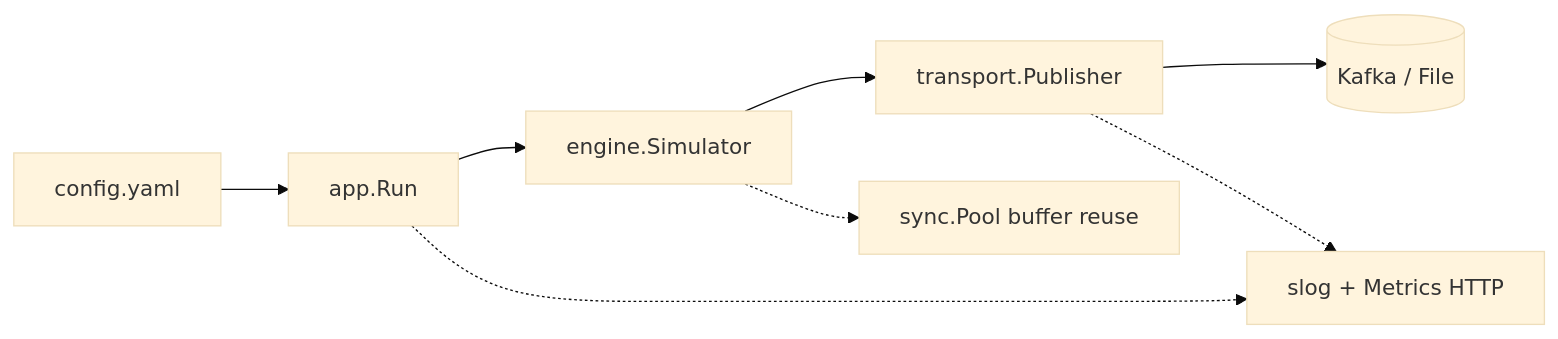
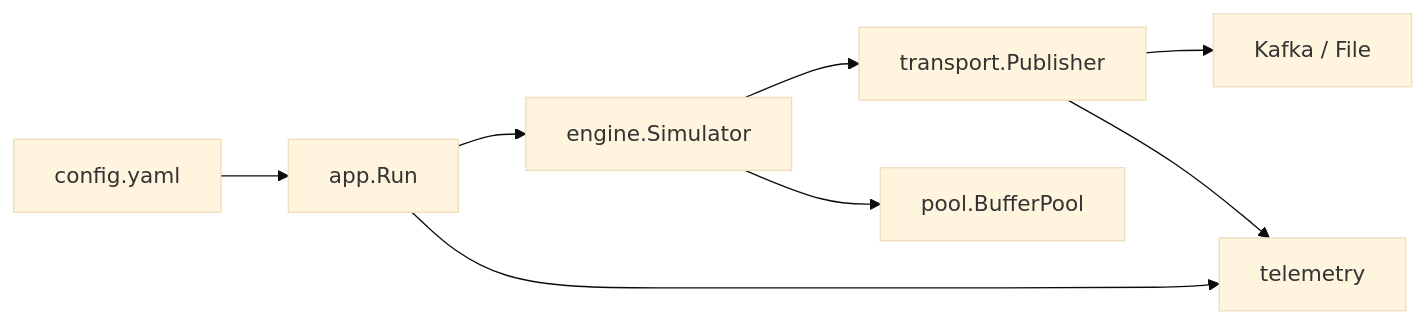
Before and after one commit to prajeesh-chavan/KafkaFlux: the first of 2 diagrams in README.md, drawn with Mermaid (base theme). The commit also changed other lines of this file, not shown here.

First line of the commit message:
docs(readme): remove duplicate dashboard output, simplify Mermaid diagrams

````diff
--- a/README.md
+++ b/README.md
@@ -123,11 +108,10 @@
 ```mermaid
-flowchart LR
+graph LR
     A[config.yaml] --> B[app.Run]
     B --> C[engine.Simulator]
     C --> D[transport.Publisher]
-    D --> E[(Kafka / File)]
-    
-    B -.-> F[slog + Metrics HTTP]
-    D -.-> F
-    C -.-> G[sync.Pool buffer reuse]
+    D --> E[Kafka / File]
+    B --> F[telemetry]
+    C --> G[pool.BufferPool]
+    D --> F
 ```
````
